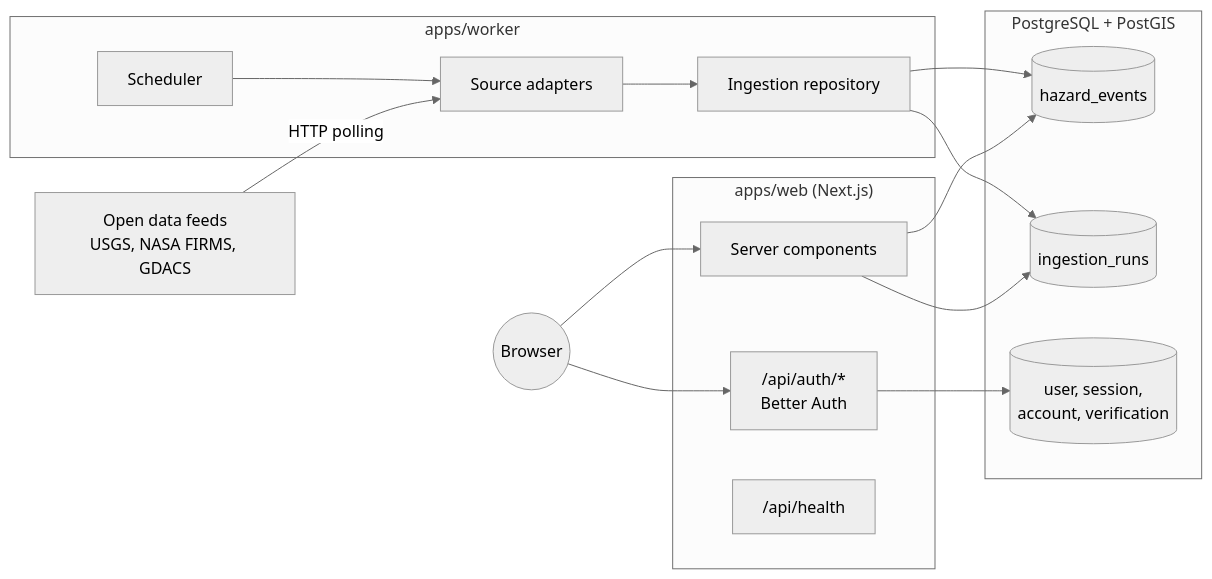
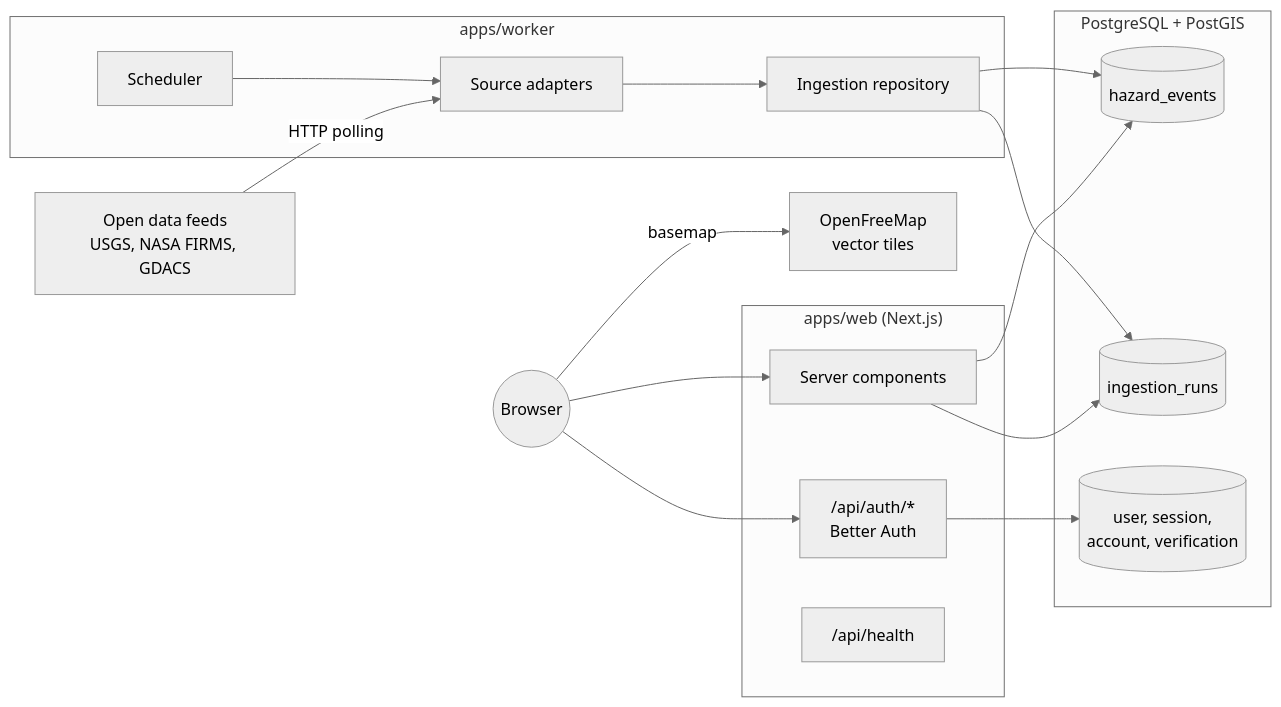
Before and after one commit to HIRATRA/hazardwatch: the first of 2 diagrams in docs/architecture.md, drawn with Mermaid (neutral theme). The commit also changed other lines of this file and 3 other files, not shown here.

````diff
--- a/docs/architecture.md
+++ b/docs/architecture.md
@@ -13,31 +13,33 @@
 ```mermaid
 flowchart LR
     feeds["Open data feeds<br/>USGS, NASA FIRMS, GDACS"]
     browser(("Browser"))
+    tiles["OpenFreeMap<br/>vector tiles"]
 
     subgraph worker ["apps/worker"]
         scheduler["Scheduler"] --> adapters["Source adapters"]
         adapters --> repository["Ingestion repository"]
     end
 
     subgraph web ["apps/web (Next.js)"]
         pages["Server components"]
         authApi["/api/auth/*<br/>Better Auth"]
         health["/api/health"]
     end
 
     subgraph database ["PostgreSQL + PostGIS"]
         events[("hazard_events")]
         runs[("ingestion_runs")]
         authTables[("user, session,<br/>account, verification")]
     end
 
     feeds -- "HTTP polling" --> adapters
     repository --> events
     repository --> runs
     browser --> pages
     browser --> authApi
+    browser -- "basemap" --> tiles
     pages --> events
     pages --> runs
     authApi --> authTables
 ```
````
